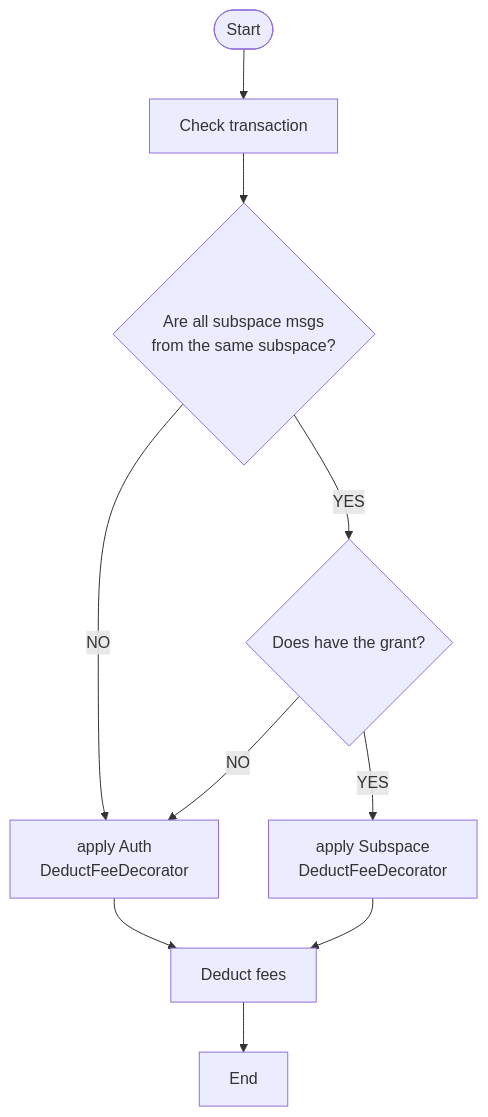
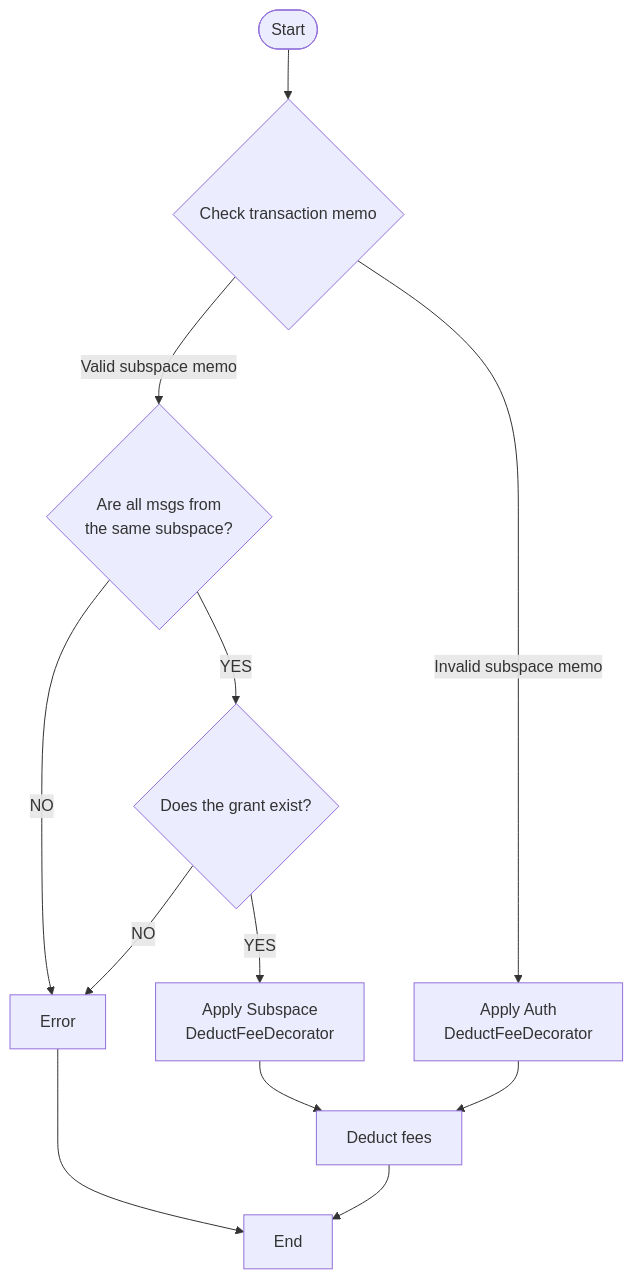
One commit to desmos-labs/desmos changed the third of 3 diagrams in docs/architecture/adr-017-subspace-fee-grant.md. Above: the diagram before and after it, drawn with Mermaid. The commit also changed other lines of this file, not shown here.

Commit message:
docs: add group grant and non-subspace messages allowance

````diff
--- a/docs/architecture/adr-017-subspace-fee-grant.md
+++ b/docs/architecture/adr-017-subspace-fee-grant.md
@@ -56,12 +84,14 @@
 ```mermaid
 graph TD
-  id1([Start]) --> id2[Check transaction]
-  id2 --> id3{Are all subspace msgs<br/ >from the same subspace?}
-  id3 -- YES --> id4{Does have the grant?}
-  id3 -- NO --> id5[apply Auth<br />DeductFeeDecorator]
-  id4 -- YES --> id6[apply Subspace<br />DeductFeeDecorator]
+  id1([Start]) --> id2{Check transaction memo}
+  id2 -- Valid subspace memo --> id3{Are all msgs from<br/ > the same subspace?}
+  id3 -- YES --> id4{Does the grant exist?}
+  id3 -- NO --> id5[Error]
+  id4 -- YES --> id6[Apply Subspace<br />DeductFeeDecorator]
   id4 -- NO --> id5
-  id5 --> id7[Deduct fees]
-  id6 --> id7
-  id7 --> id8[End]
+  id6 --> id9[Deduct fees]
+  id2 -- Invalid subspace memo --> id7[Apply Auth<br />DeductFeeDecorator]
+  id7 --> id9
+  id5 --> id8[End]
+  id9 --> id8
 ```
````
